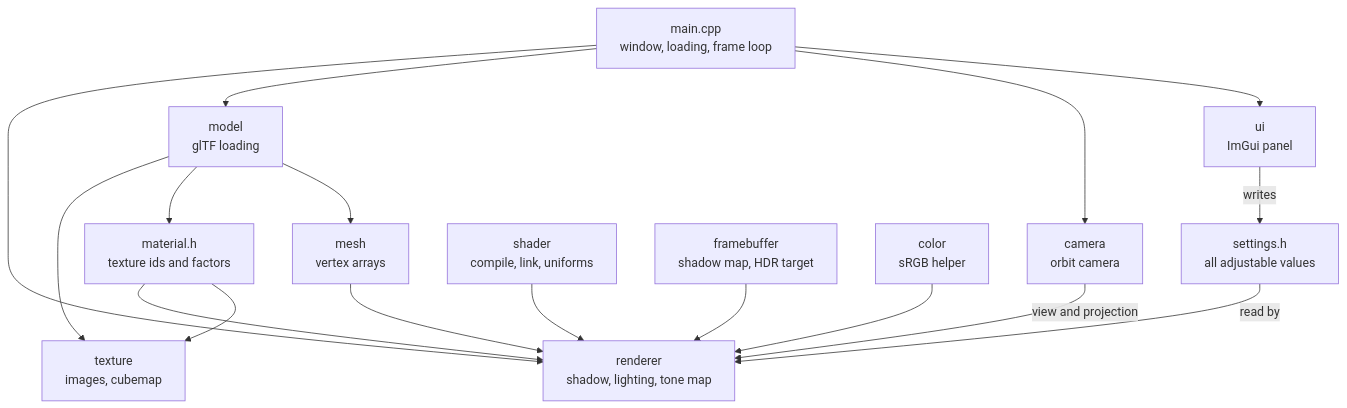
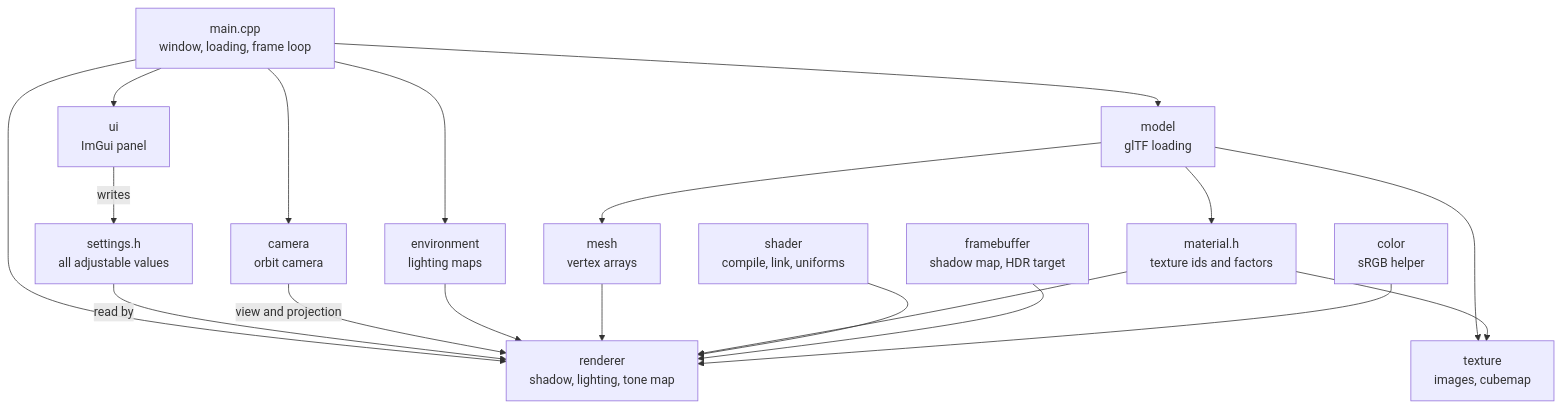
Before and after one commit to licurasj/hybrid-npr-pbr: the first of 2 diagrams in docs/architecture.md, drawn with Mermaid. The commit also changed other lines of this file and 35 other files, not shown here.

First line of the commit message:
Add environment lighting with a sky and reflections

````diff
--- a/docs/architecture.md
+++ b/docs/architecture.md
@@ -37,32 +38,35 @@
 ```mermaid
 flowchart TD
   main[main.cpp<br/>window, loading, frame loop]
   ui[ui<br/>ImGui panel]
   settings[settings.h<br/>all adjustable values]
   camera[camera<br/>orbit camera]
   model[model<br/>glTF loading]
   texture[texture<br/>images, cubemap]
+  environment[environment<br/>lighting maps]
   mesh[mesh<br/>vertex arrays]
   material[material.h<br/>texture ids and factors]
   shader[shader<br/>compile, link, uniforms]
   framebuffer[framebuffer<br/>shadow map, HDR target]
   color[color<br/>sRGB helper]
   renderer[renderer<br/>shadow, lighting, tone map]
 
   main --> ui
   main --> camera
   main --> model
   main --> renderer
   ui -->|writes| settings
   settings -->|read by| renderer
   camera -->|view and projection| renderer
   model --> mesh
   model --> material
   model --> texture
   material --> texture
+  main --> environment
+  environment --> renderer
   mesh --> renderer
   material --> renderer
   shader --> renderer
   framebuffer --> renderer
   color --> renderer
 ```
````
